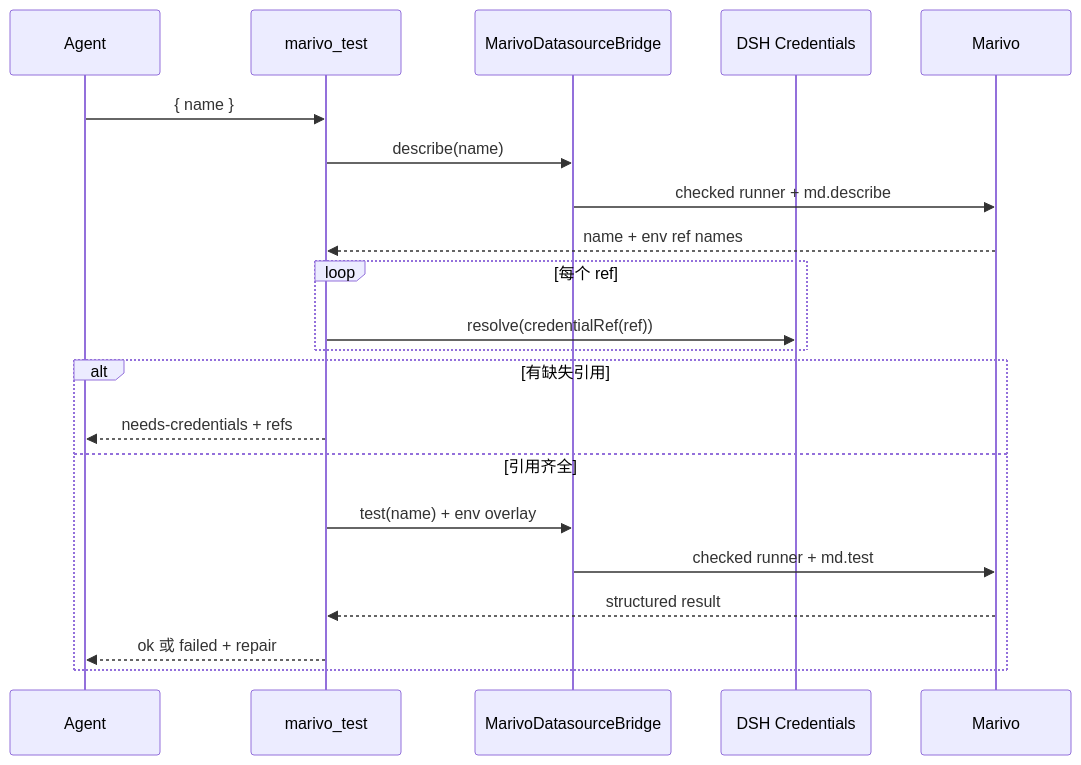
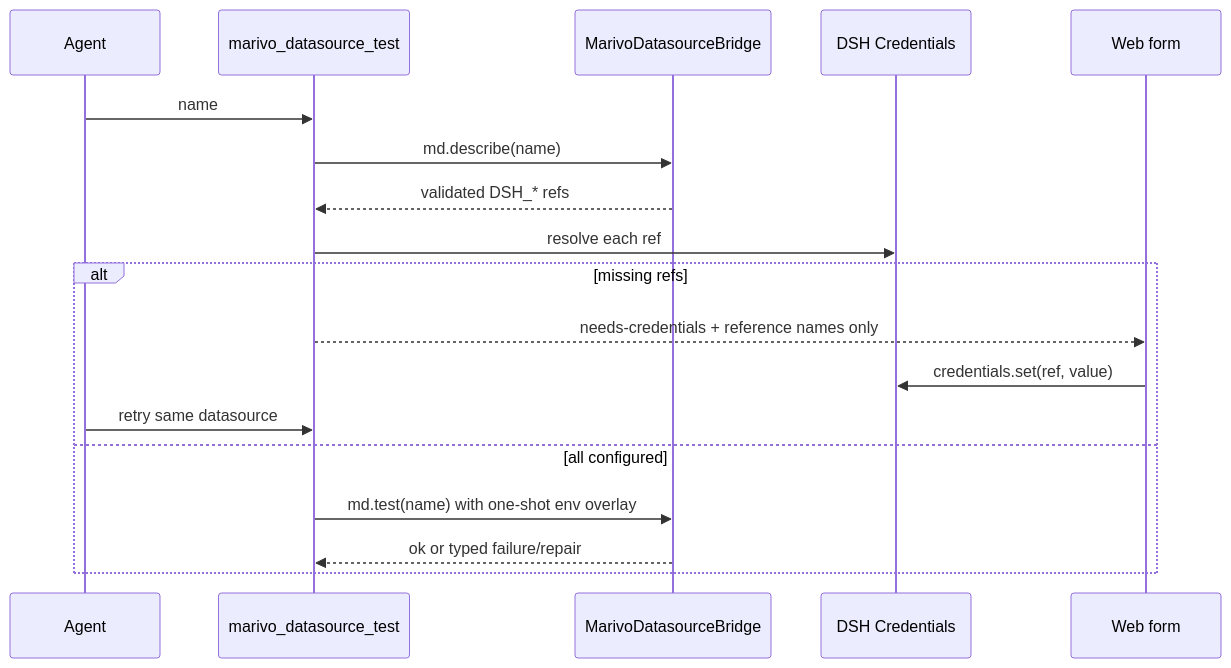
Before and after one commit to chengxianglibra/dsh-data-analysis: the diagram in docs/modules/datasource-credentials.md, drawn with Mermaid. The commit also changed other lines of this file and 57 other files, not shown here.

````diff
--- a/docs/modules/datasource-credentials.md
+++ b/docs/modules/datasource-credentials.md
@@ -22,23 +14,20 @@
 ```mermaid
 sequenceDiagram
   participant A as Agent
-  participant T as marivo_test
-  participant B as MarivoDatasourceBridge
+  participant T as marivo_datasource_test
+  participant M as MarivoDatasourceBridge
   participant C as DSH Credentials
-  participant M as Marivo
-  A->>T: { name }
-  T->>B: describe(name)
-  B->>M: checked runner + md.describe
-  M-->>T: name + env ref names
-  loop 每个 ref
-    T->>C: resolve(credentialRef(ref))
-  end
-  alt 有缺失引用
-    T-->>A: needs-credentials + refs
-  else 引用齐全
-    T->>B: test(name) + env overlay
-    B->>M: checked runner + md.test
-    M-->>T: structured result
-    T-->>A: ok 或 failed + repair
+  participant W as Web form
+  A->>T: name
+  T->>M: md.describe(name)
+  M-->>T: validated DSH_* refs
+  T->>C: resolve each ref
+  alt missing refs
+    T-->>W: needs-credentials + reference names only
+    W->>C: credentials.set(ref, value)
+    A->>T: retry same datasource
+  else all configured
+    T->>M: md.test(name) with one-shot env overlay
+    M-->>T: ok or typed failure/repair
   end
 ```
````
